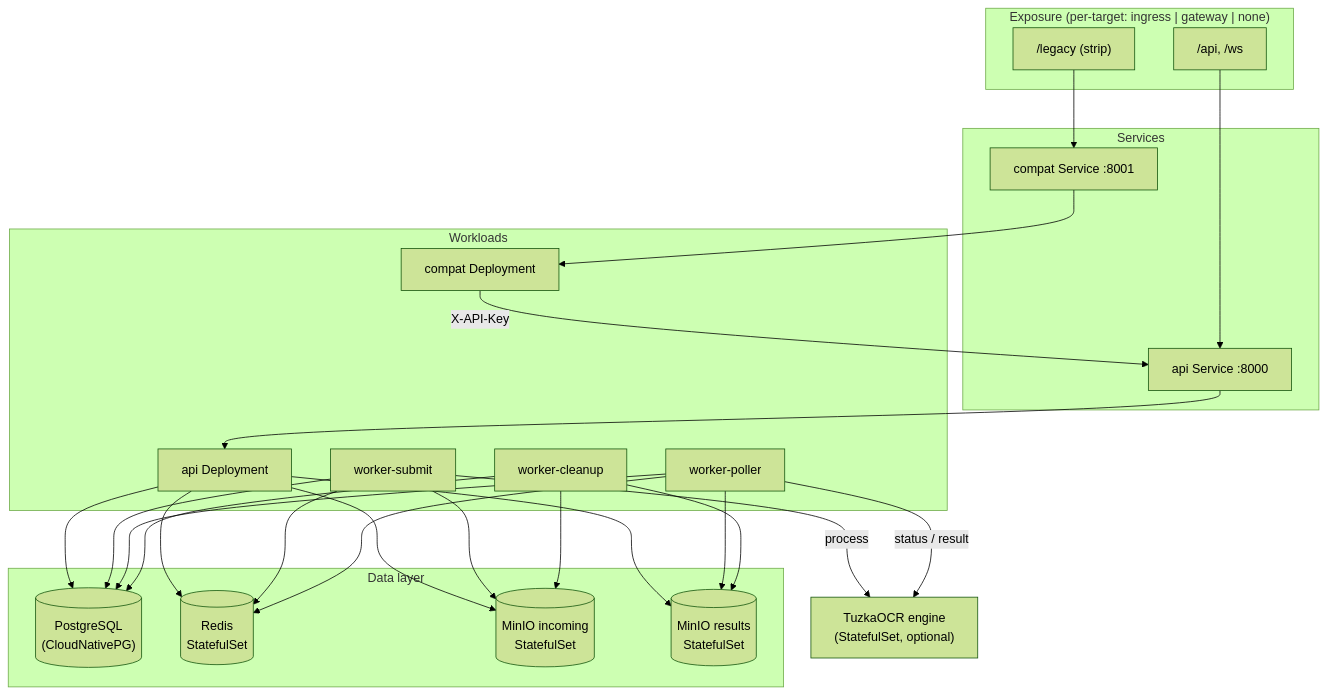
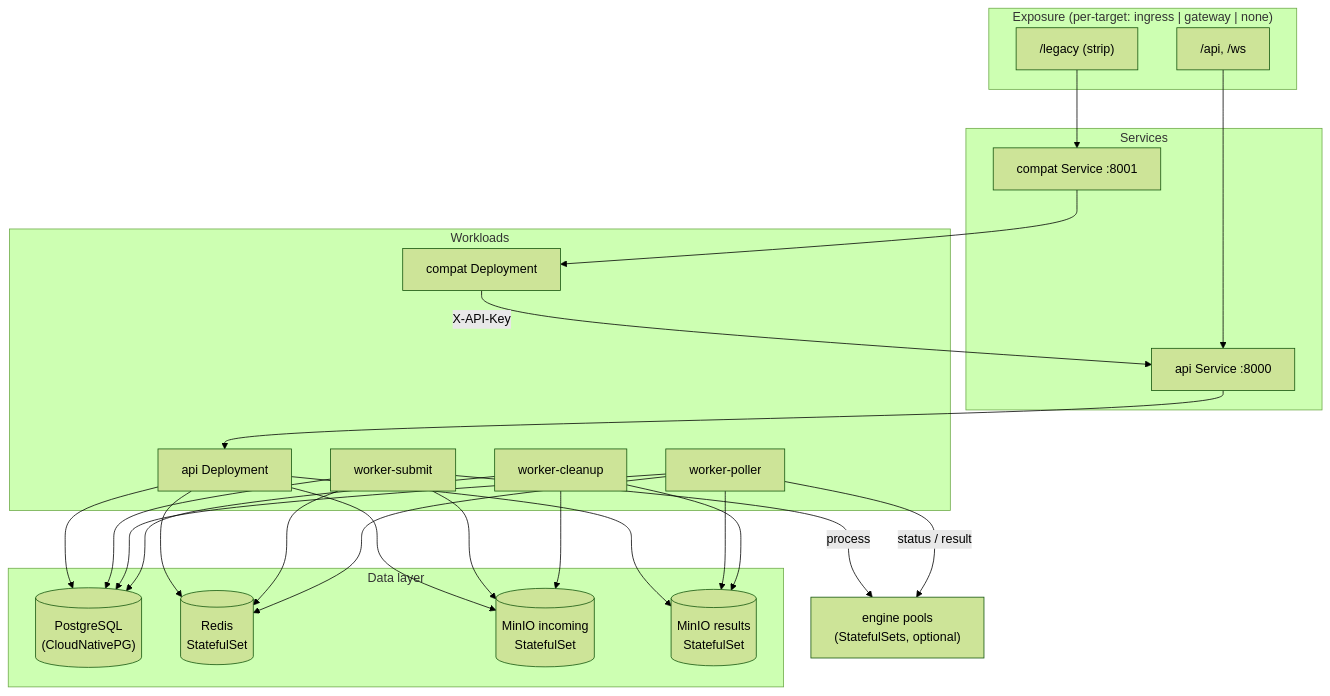
Before and after one commit to moravianlibrary/tuzka-as-a-service: the first of 4 diagrams in deploy/helm/taas/ARCHITECTURE.md, drawn with Mermaid (forest theme). The commit also changed other lines of this file and 26 other files, not shown here.

````diff
--- a/deploy/helm/taas/ARCHITECTURE.md
+++ b/deploy/helm/taas/ARCHITECTURE.md
@@ -9,42 +9,42 @@
 ```mermaid
 flowchart TB
     subgraph edge["Exposure (per-target: ingress | gateway | none)"]
         api_r["/api, /ws"]
         legacy_r["/legacy (strip)"]
     end
 
     subgraph svc["Services"]
         apiSvc["api Service :8000"]
         compatSvc["compat Service :8001"]
     end
 
     subgraph app["Workloads"]
         apiDep["api Deployment"]
         wSubmit["worker-submit"]
         wPoller["worker-poller"]
         wCleanup["worker-cleanup"]
         compatDep["compat Deployment"]
     end
 
     subgraph data["Data layer"]
         pg[("PostgreSQL\n(CloudNativePG)")]
         redis[("Redis\nStatefulSet")]
         minIn[("MinIO incoming\nStatefulSet")]
         minOut[("MinIO results\nStatefulSet")]
     end
 
-    engine["TuzkaOCR engine\n(StatefulSet, optional)"]
+    engine["engine pools\n(StatefulSets, optional)"]
 
     api_r --> apiSvc
     legacy_r --> compatSvc
     apiSvc --> apiDep
     compatSvc --> compatDep
     compatDep -->|X-API-Key| apiSvc
 
     apiDep --> pg & redis & minIn & minOut
     wSubmit --> redis & minIn & pg
     wPoller --> redis & minOut & pg
     wCleanup --> minIn & minOut & pg
     wSubmit -->|process| engine
     wPoller -->|status / result| engine
 ```
````
